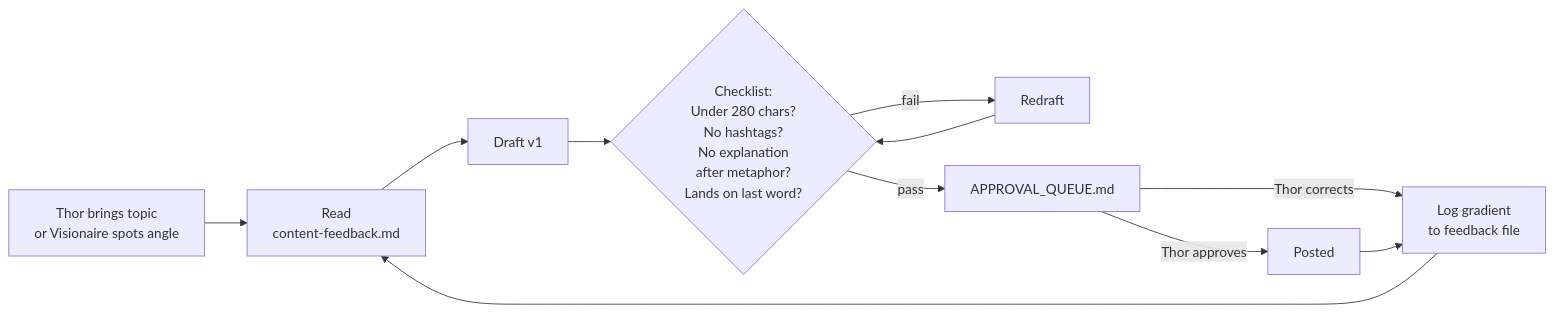
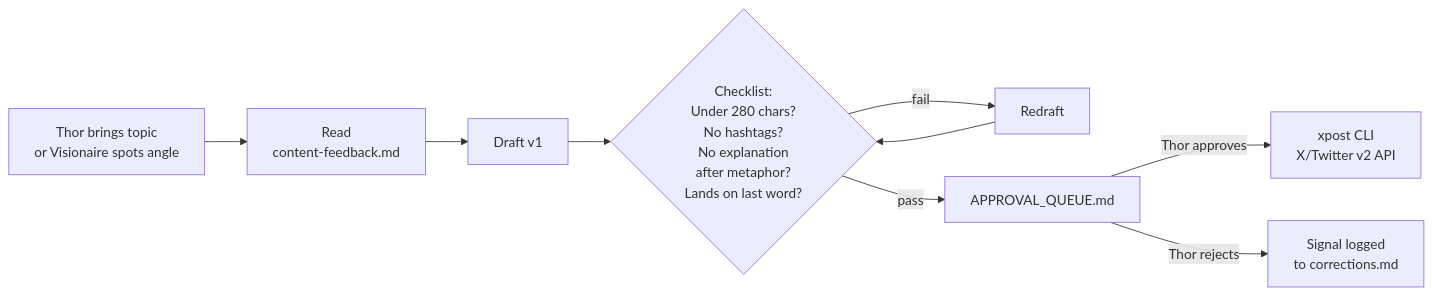
Before and after one commit to VisionaireLabs/Visionaire: the third of 5 diagrams in DIAGRAM.md, drawn with Mermaid. The commit also changed other lines of this file, not shown here.

Commit message:
memory: update architecture diagram — CoALA tiers, consolidation flow, model routing

````diff
--- a/DIAGRAM.md
+++ b/DIAGRAM.md
@@ -52,14 +99,12 @@
 ```mermaid
 flowchart LR
     IDEA[Thor brings topic\nor Visionaire spots angle] 
     --> FB[Read\ncontent-feedback.md]
     --> DRAFT[Draft v1]
     --> CHECK{Checklist:\nUnder 280 chars?\nNo hashtags?\nNo explanation\nafter metaphor?\nLands on last word?}
     CHECK -->|fail| REDRAFT[Redraft]
     REDRAFT --> CHECK
     CHECK -->|pass| QUEUE[APPROVAL_QUEUE.md]
-    QUEUE -->|Thor approves| POST[Posted]
-    QUEUE -->|Thor corrects| LOG[Log gradient\nto feedback file]
-    POST --> LOG
-    LOG --> FB
+    QUEUE -->|Thor approves| POST[xpost CLI\nX/Twitter v2 API]
+    QUEUE -->|Thor rejects| SIGNAL2[Signal logged\nto corrections.md]
 ```
````
